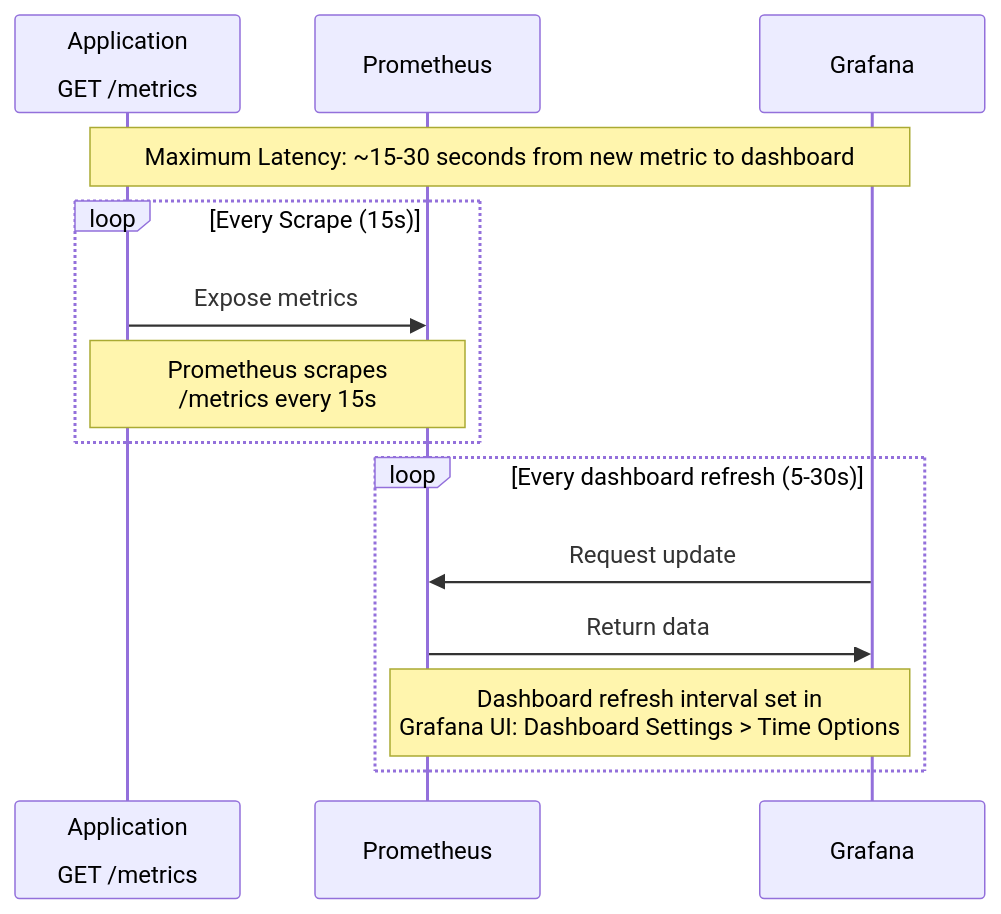
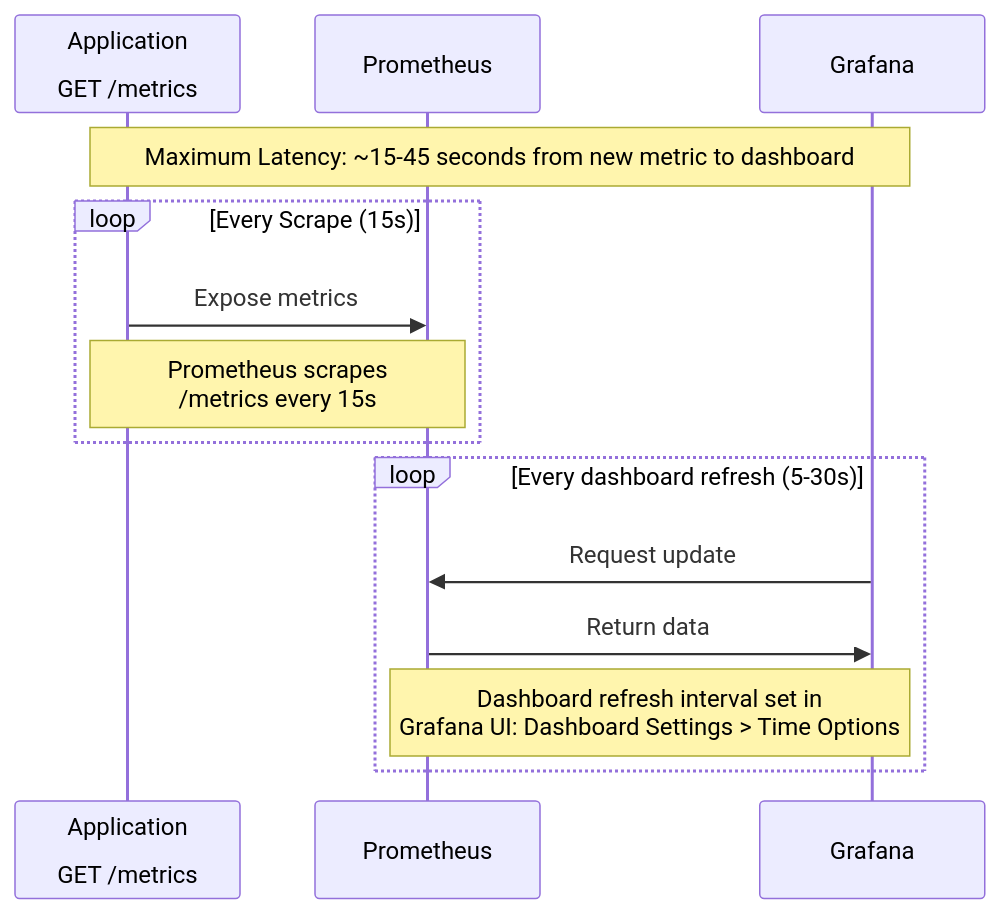
Before and after one commit to agfianf/agfianf.github.io: the first of 2 diagrams in docs/blog/posts/fastapi/001-fastapi-red-metrics.md, drawn with Mermaid. The commit also changed other lines of this file, not shown here.

````diff
--- a/docs/blog/posts/fastapi/001-fastapi-red-metrics.md
+++ b/docs/blog/posts/fastapi/001-fastapi-red-metrics.md
@@ -61,19 +65,19 @@
 ```mermaid
 sequenceDiagram
     participant App as Application<br><br>GET /metrics
     participant Prom as Prometheus
     participant Graf as Grafana
 
-    Note over App,Graf: Maximum Latency: ~15-30 seconds from new metric to dashboard
+    Note over App,Graf: Maximum Latency: ~15-45 seconds from new metric to dashboard
     
     loop Every Scrape (15s)
         App->>Prom: Expose metrics
         Note over App,Prom: Prometheus scrapes <br>/metrics every 15s
     end
     
     loop Every dashboard refresh (5-30s)
         Graf->>Prom: Request update
         Prom->>Graf: Return data
         Note over Prom,Graf: Dashboard refresh interval set in<br>Grafana UI: Dashboard Settings > Time Options
     end
 ```
````
